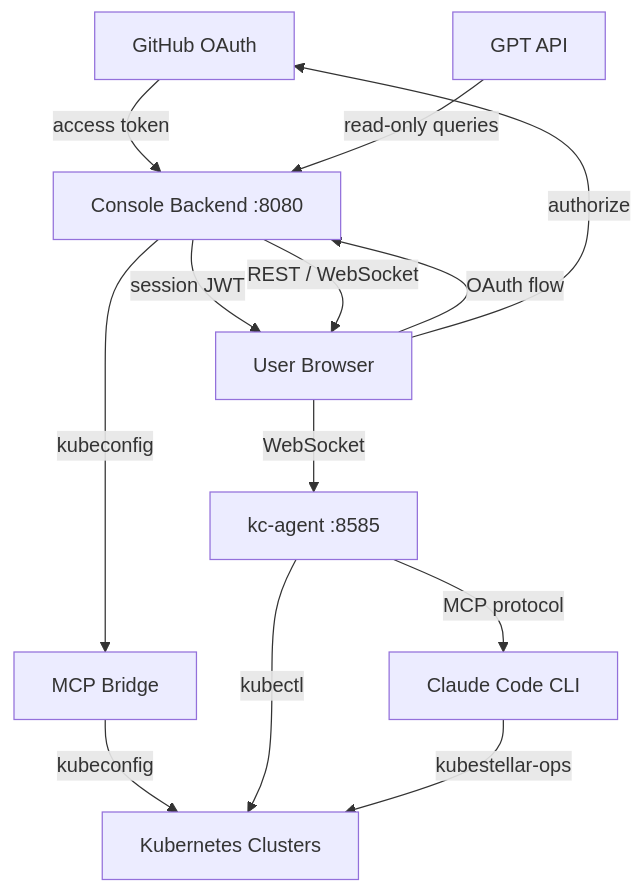
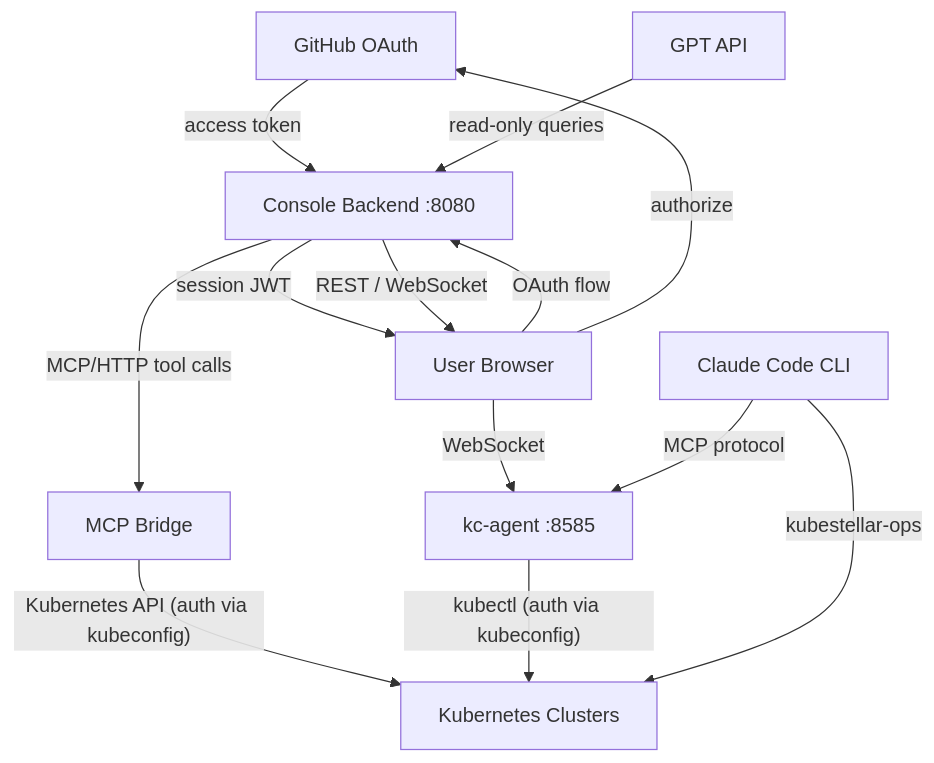
Before and after one commit to kubestellar/docs: the diagram in docs/content/console/_architecture-diagram.md, drawn with Mermaid.

Commit message:
docs: fix architecture diagram arrow directions and labels
- Reverse MCP direction: CLI -> Agent (Claude Code is MCP client, kc-agent is server)
- Fix Backend -> MCP Bridge label: "MCP/HTTP tool calls" (not "kubeconfig")
- Fix MCP Bridge -> K8s label: "Kubernetes API (auth via kubeconfig)"

````diff
--- a/docs/content/console/_architecture-diagram.md
+++ b/docs/content/console/_architecture-diagram.md
@@ -1,24 +1,24 @@
 ```mermaid
 graph TB
     GitHub["GitHub OAuth"]
     Backend["Console Backend :8080"]
     Browser["User Browser"]
     MCP["MCP Bridge"]
     K8s["Kubernetes Clusters"]
     Agent["kc-agent :8585"]
     CLI["Claude Code CLI"]
     API["GPT API"]
 
     Browser -- "OAuth flow" --> Backend
     Browser -- "authorize" --> GitHub
     GitHub -- "access token" --> Backend
     Backend -- "session JWT" --> Browser
     Backend -- "REST / WebSocket" --> Browser
     Browser -- "WebSocket" --> Agent
-    Backend -- "kubeconfig" --> MCP
-    MCP -- "kubeconfig" --> K8s
-    Agent -- "kubectl" --> K8s
-    Agent -- "MCP protocol" --> CLI
+    Backend -- "MCP/HTTP tool calls" --> MCP
+    MCP -- "Kubernetes API (auth via kubeconfig)" --> K8s
+    Agent -- "kubectl (auth via kubeconfig)" --> K8s
+    CLI -- "MCP protocol" --> Agent
     CLI -- "kubestellar-ops" --> K8s
     API -- "read-only queries" --> Backend
 ```
````
